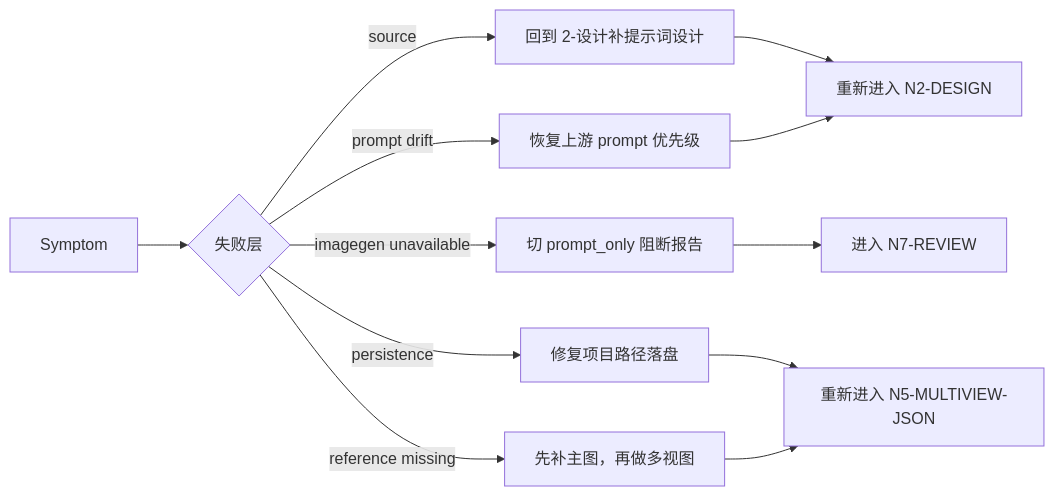
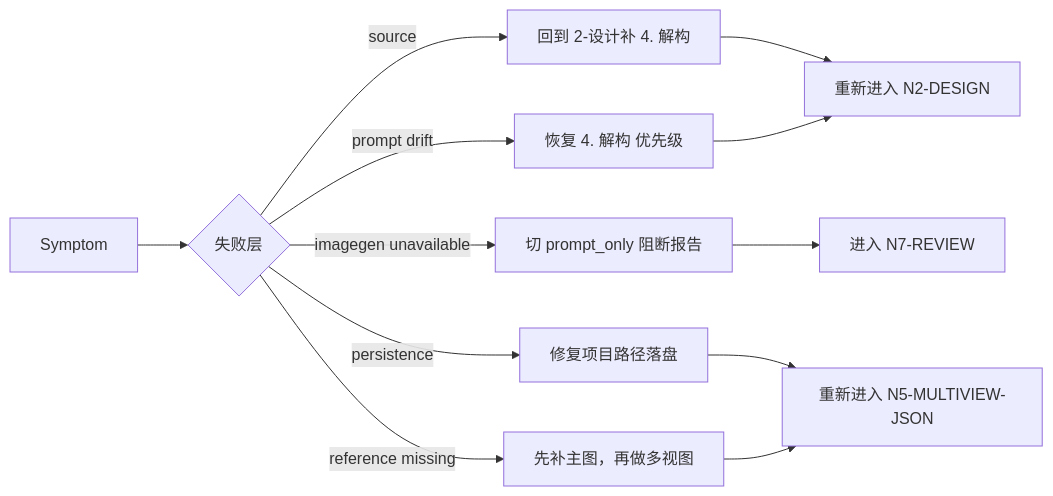
Before and after one commit to ZEN-VOID/AI-CUT: the third of 3 diagrams in .agents/skills/aigc/5-设计/角色/3-生成/steps/character-generation-workflow.md, drawn with Mermaid. The commit also changed other lines of this file and 106 other files, not shown here.

````diff
--- a/.agents/skills/aigc/5-设计/角色/3-生成/steps/character-generation-workflow.md
+++ b/.agents/skills/aigc/5-设计/角色/3-生成/steps/character-generation-workflow.md
@@ -43,14 +43,14 @@
 ```mermaid
 flowchart LR
     A["Symptom"] --> B{"失败层"}
-    B -->|"source"| C["回到 2-设计补提示词设计"]
-    B -->|"prompt drift"| D["恢复上游 prompt 优先级"]
+    B -->|"source"| C["回到 2-设计补 4. 解构"]
+    B -->|"prompt drift"| D["恢复 4. 解构 优先级"]
     B -->|"imagegen unavailable"| E["切 prompt_only 阻断报告"]
     B -->|"persistence"| F["修复项目路径落盘"]
     B -->|"reference missing"| G["先补主图，再做多视图"]
     C --> H["重新进入 N2-DESIGN"]
     D --> H
     E --> I["进入 N7-REVIEW"]
     F --> J["重新进入 N5-MULTIVIEW-JSON"]
     G --> J
 ```
````
